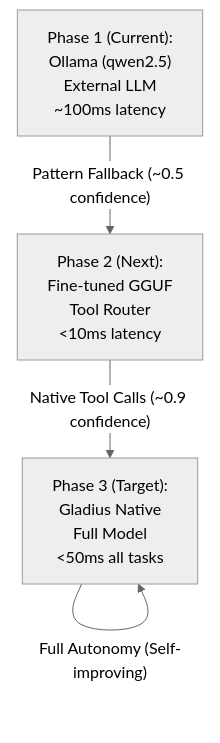
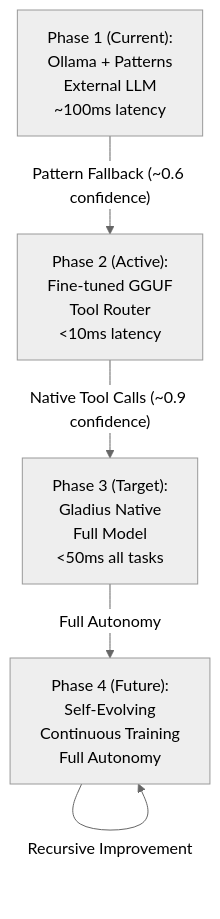
The first of 7 diagrams in MODEL.md (Artifact-Virtual/GLADIUS), drawn with Mermaid (neutral theme) before and after one commit. The commit also changed other lines of this file and 9 other files, not shown here.

````diff
--- a/MODEL.md
+++ b/MODEL.md
@@ -20,10 +23,12 @@
 ```mermaid
 flowchart TD
-    Phase1["Phase 1 (Current):<br/>Ollama (qwen2.5)<br/>External LLM<br/>~100ms latency"]
-    Phase2["Phase 2 (Next):<br/>Fine-tuned GGUF<br/>Tool Router<br/>&lt;10ms latency"]
+    Phase1["Phase 1 (Current):<br/>Ollama + Patterns<br/>External LLM<br/>~100ms latency"]
+    Phase2["Phase 2 (Active):<br/>Fine-tuned GGUF<br/>Tool Router<br/>&lt;10ms latency"]
     Phase3["Phase 3 (Target):<br/>Gladius Native<br/>Full Model<br/>&lt;50ms all tasks"]
+    Phase4["Phase 4 (Future):<br/>Self-Evolving<br/>Continuous Training<br/>Full Autonomy"]
 
-    Phase1 -- "Pattern Fallback (~0.5 confidence)" --> Phase2
+    Phase1 -- "Pattern Fallback (~0.6 confidence)" --> Phase2
     Phase2 -- "Native Tool Calls (~0.9 confidence)" --> Phase3
-    Phase3 -- "Full Autonomy (Self-improving)" --> Phase3
+    Phase3 -- "Full Autonomy" --> Phase4
+    Phase4 -- "Recursive Improvement" --> Phase4
 ```
````
